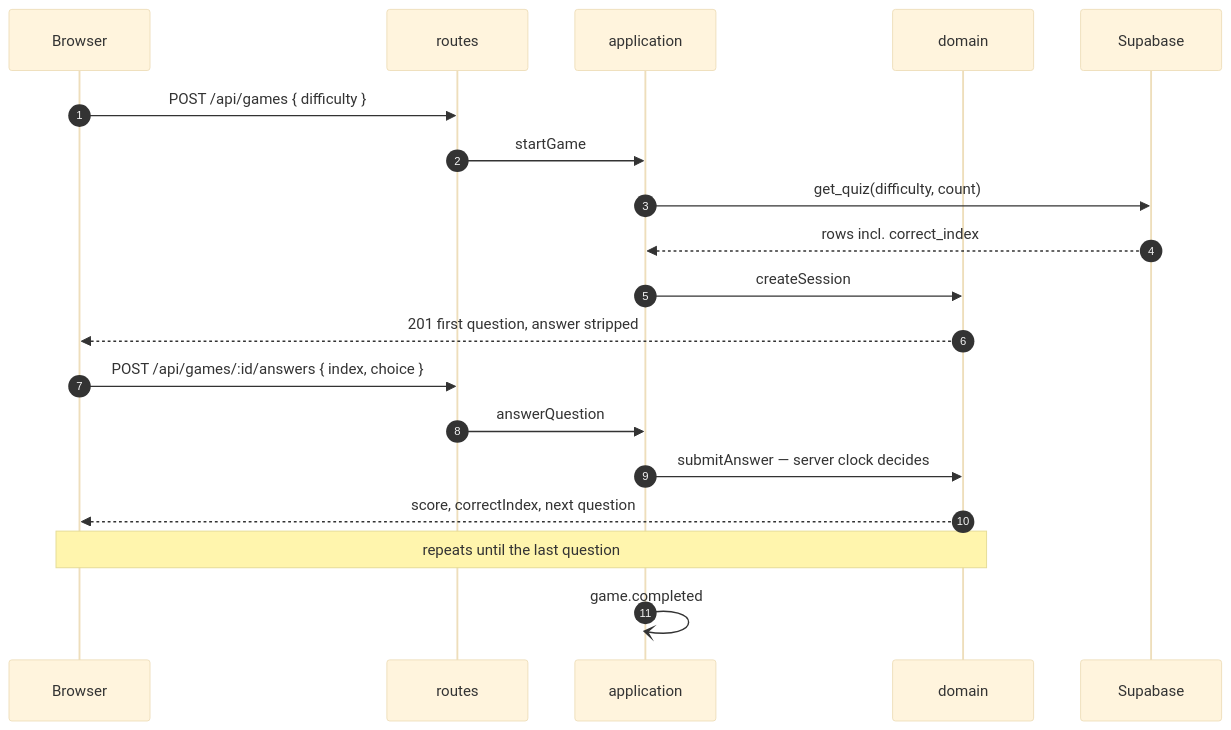
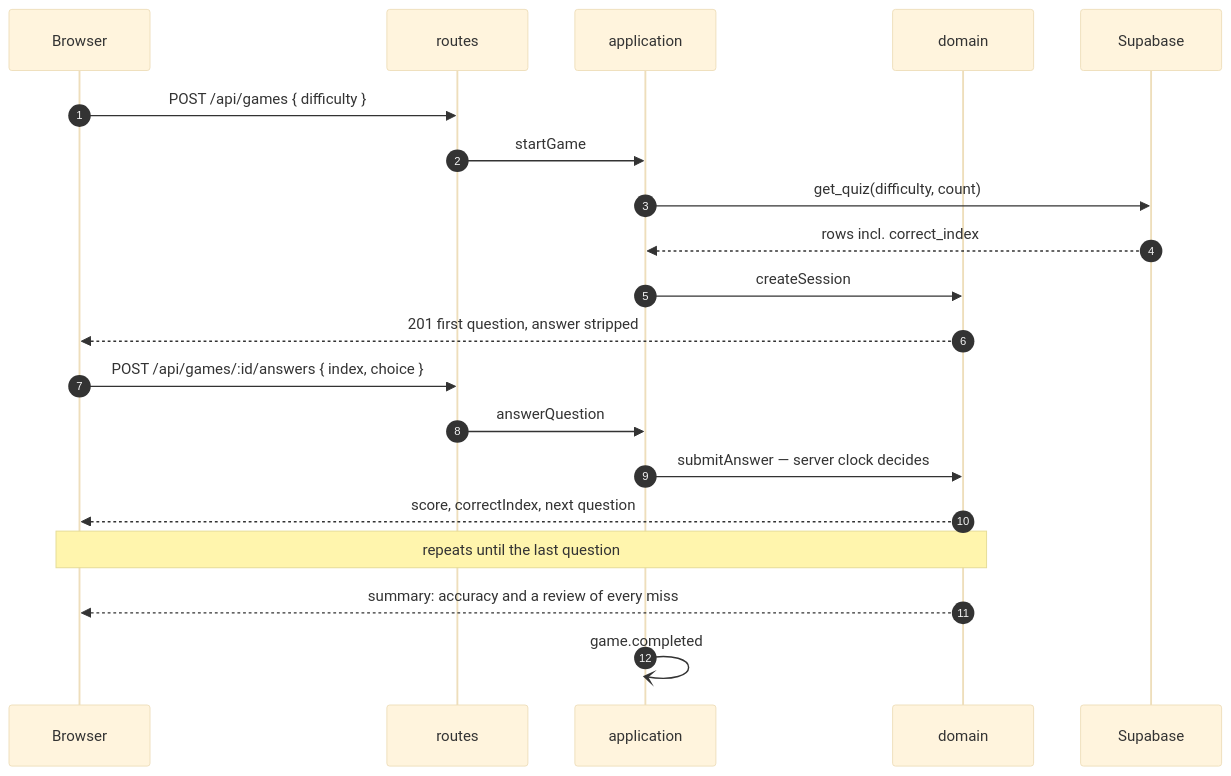
Before and after one commit to remoshan/bible-quiz-game: the second of 3 diagrams in README.md, drawn with Mermaid (base theme). The commit also changed other lines of this file, not shown here.

Commit message:
feat: update README for improved clarity on application architecture and performance metrics

````diff
--- a/README.md
+++ b/README.md
@@ -118,22 +118,23 @@
 ```mermaid
 sequenceDiagram
     autonumber
     participant B as Browser
     participant R as routes
     participant A as application
     participant D as domain
     participant S as Supabase
 
     B->>R: POST /api/games { difficulty }
     R->>A: startGame
     A->>S: get_quiz(difficulty, count)
     S-->>A: rows incl. correct_index
     A->>D: createSession
     D-->>B: 201 first question, answer stripped
     B->>R: POST /api/games/:id/answers { index, choice }
     R->>A: answerQuestion
     A->>D: submitAnswer — server clock decides
     D-->>B: score, correctIndex, next question
     Note over B,D: repeats until the last question
+    D-->>B: summary: accuracy and a review of every miss
     A-)A: game.completed
 ```
````
